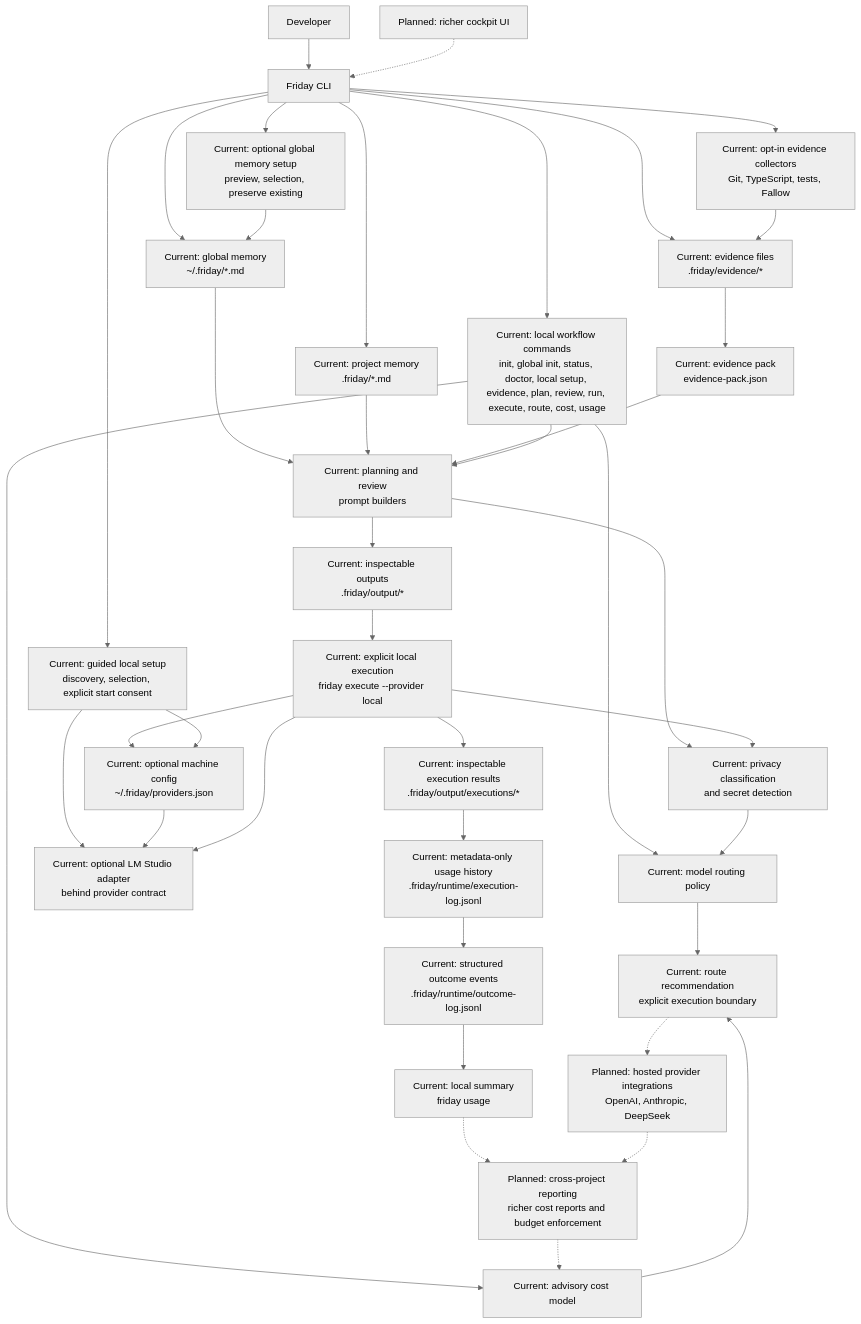
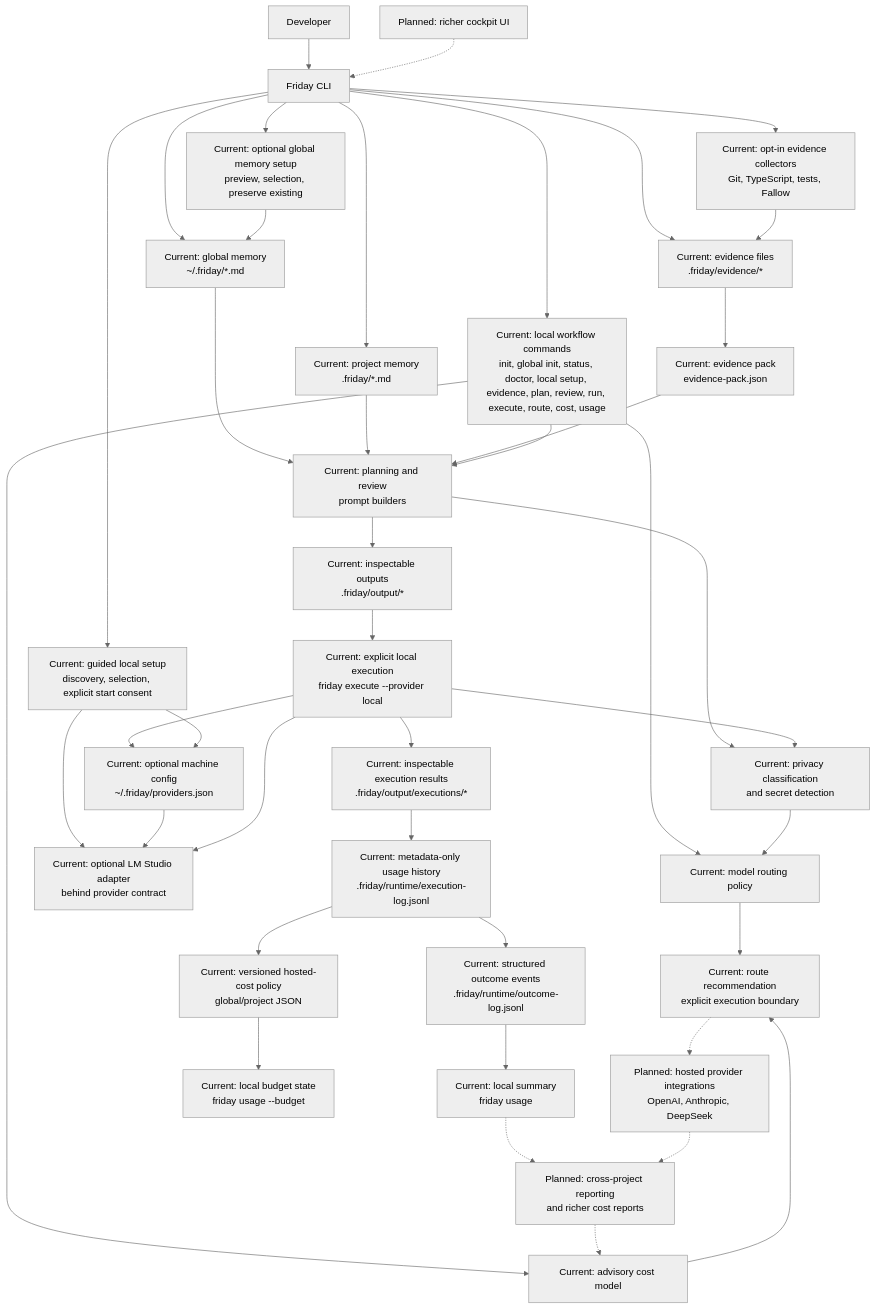
One commit to MikeBlakeway/friday changed the diagram in docs/architecture.md. Above: the diagram before and after it, drawn with Mermaid (neutral theme). The commit also changed other lines of this file and 16 other files, not shown here.

Commit message:
feat(FRI-063): add hosted budget policy (#67)

````diff
--- a/docs/architecture.md
+++ b/docs/architecture.md
@@ -14,46 +14,48 @@
 ```mermaid
 flowchart TD
   Developer[Developer] --> CLI[Friday CLI]
 
   CLI --> CurrentGlobalMemory[Current: global memory<br/>~/.friday/*.md]
   CLI --> CurrentProjectMemory[Current: project memory<br/>.friday/*.md]
   CLI --> CurrentEvidence[Current: evidence files<br/>.friday/evidence/*]
   CLI --> CurrentCommands[Current: local workflow commands<br/>init, global init, status, doctor, local setup, evidence, plan, review, run, execute, route, cost, usage]
 
   CurrentGlobalMemory --> PromptBuilders[Current: planning and review<br/>prompt builders]
   CurrentProjectMemory --> PromptBuilders
   CurrentEvidence --> EvidencePack[Current: evidence pack<br/>evidence-pack.json]
   EvidencePack --> PromptBuilders
   CurrentCommands --> PromptBuilders
 
   PromptBuilders --> PrivacySafety[Current: privacy classification<br/>and secret detection]
   CurrentCommands --> RoutePolicy[Current: model routing policy]
   CurrentCommands --> CostModel[Current: advisory cost model]
 
   PrivacySafety --> RoutePolicy
   RoutePolicy --> Recommendation[Current: route recommendation<br/>explicit execution boundary]
   CostModel --> Recommendation
   PromptBuilders --> LocalOutputs[Current: inspectable outputs<br/>.friday/output/*]
   LocalOutputs --> ExecuteBoundary[Current: explicit local execution<br/>friday execute --provider local]
   ExecuteBoundary --> PrivacySafety
   ExecuteBoundary --> GlobalProviderConfig[Current: optional machine config<br/>~/.friday/providers.json]
   CLI --> GuidedSetup[Current: guided local setup<br/>discovery, selection, explicit start consent]
   CLI --> GlobalMemorySetup[Current: optional global memory setup<br/>preview, selection, preserve existing]
   GlobalMemorySetup --> CurrentGlobalMemory
   GuidedSetup --> GlobalProviderConfig
   GuidedSetup --> CurrentLocalProvider
   GlobalProviderConfig --> CurrentLocalProvider
   ExecuteBoundary --> CurrentLocalProvider[Current: optional LM Studio adapter<br/>behind provider contract]
   ExecuteBoundary --> ExecutionOutputs[Current: inspectable execution results<br/>.friday/output/executions/*]
   ExecutionOutputs --> CurrentUsage[Current: metadata-only usage history<br/>.friday/runtime/execution-log.jsonl]
   CurrentUsage --> OutcomeHistory[Current: structured outcome events<br/>.friday/runtime/outcome-log.jsonl]
   OutcomeHistory --> UsageSummary[Current: local summary<br/>friday usage]
+  CurrentUsage --> BudgetPolicy[Current: versioned hosted-cost policy<br/>global/project JSON]
+  BudgetPolicy --> BudgetSummary[Current: local budget state<br/>friday usage --budget]
 
   CLI --> CurrentCollectors[Current: opt-in evidence collectors<br/>Git, TypeScript, tests, Fallow]
   CurrentCollectors --> CurrentEvidence
   Recommendation -.-> PlannedProviders[Planned: hosted provider integrations<br/>OpenAI, Anthropic, DeepSeek]
-  UsageSummary -.-> PlannedReporting[Planned: cross-project reporting<br/>richer cost reports and budget enforcement]
+  UsageSummary -.-> PlannedReporting[Planned: cross-project reporting<br/>and richer cost reports]
   PlannedProviders -.-> PlannedReporting
   PlannedReporting -.-> CostModel
   PlannedCockpit[Planned: richer cockpit UI] -.-> CLI
 ```
````
